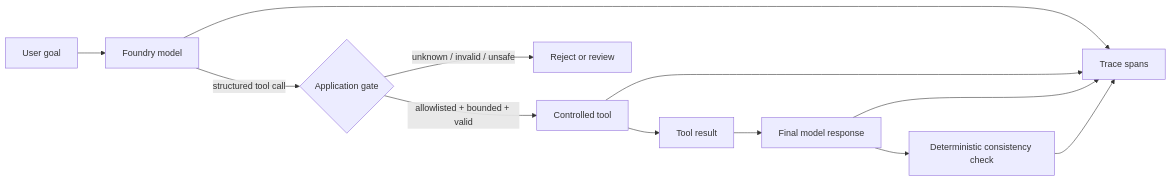
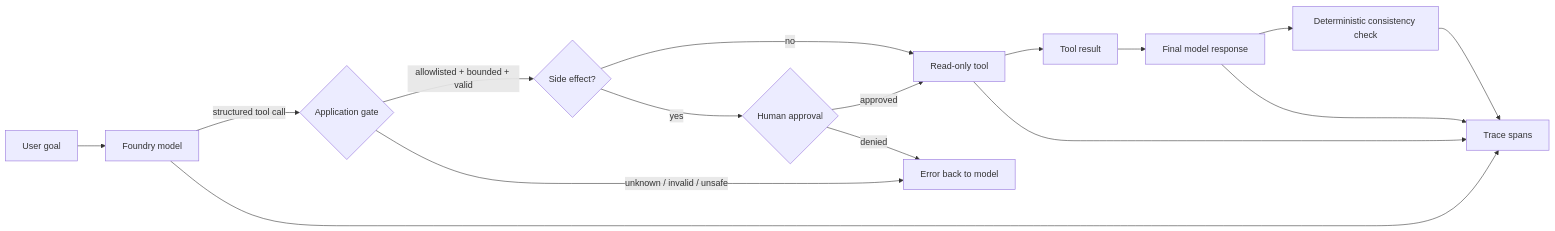
The diagram in docs/articles/production-grade-tool-calling.md (AmrElsehemy/agentic-engineering-lab), drawn with Mermaid before and after one commit. The commit also changed other lines of this file and 3 other files, not shown here.

First line of the commit message:
docs: update article, LinkedIn post and diagram for the model-chosen, approval-gated loop

````diff
--- a/docs/articles/production-grade-tool-calling.md
+++ b/docs/articles/production-grade-tool-calling.md
@@ -48,14 +50,18 @@
 ```mermaid
 flowchart LR
     U[User goal] --> M[Foundry model]
     M -->|structured tool call| G{Application gate}
-    G -->|allowlisted + bounded + valid| T[Controlled tool]
-    G -->|unknown / invalid / unsafe| R[Reject or review]
+    G -->|allowlisted + bounded + valid| A{Side effect?}
+    G -->|unknown / invalid / unsafe| R[Error back to model]
+    A -->|no| T[Read-only tool]
+    A -->|yes| P{Human approval}
+    P -->|approved| T
+    P -->|denied| R
     T --> H[Tool result]
     H --> M2[Final model response]
     M2 --> Q[Deterministic consistency check]
     M --> O[Trace spans]
     T --> O
     M2 --> O
     Q --> O
 ```
````
